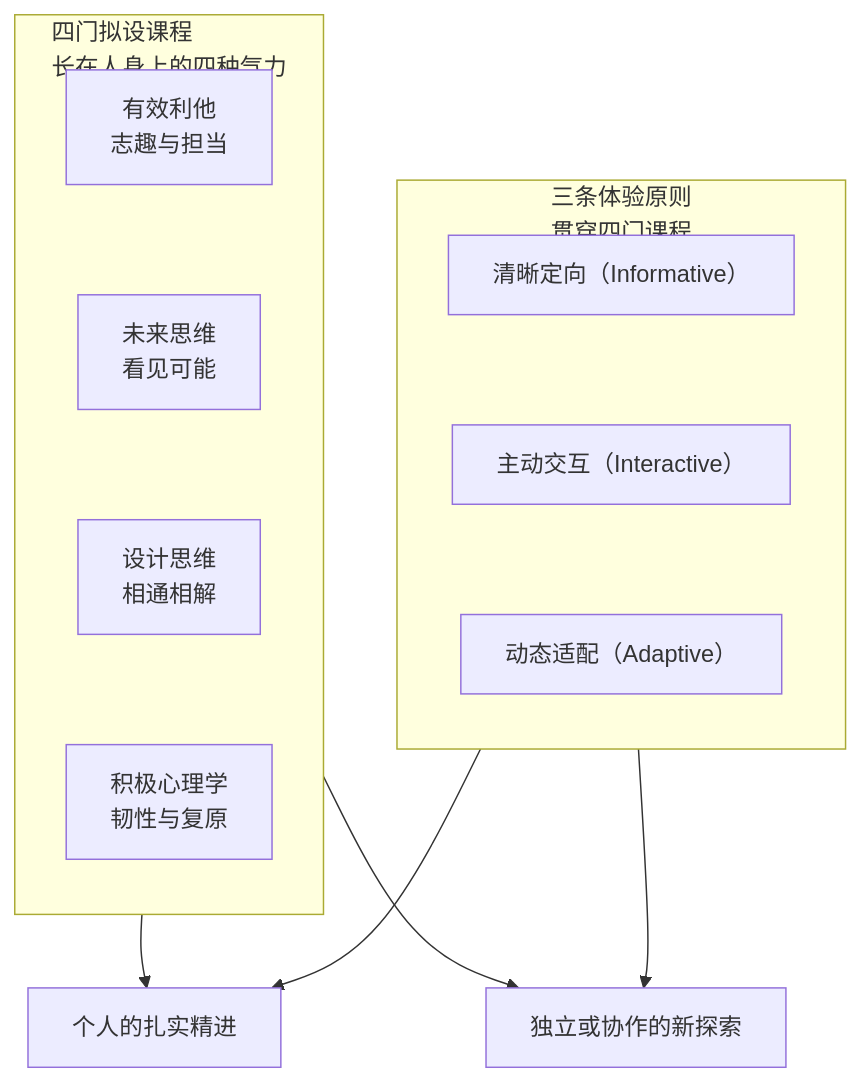
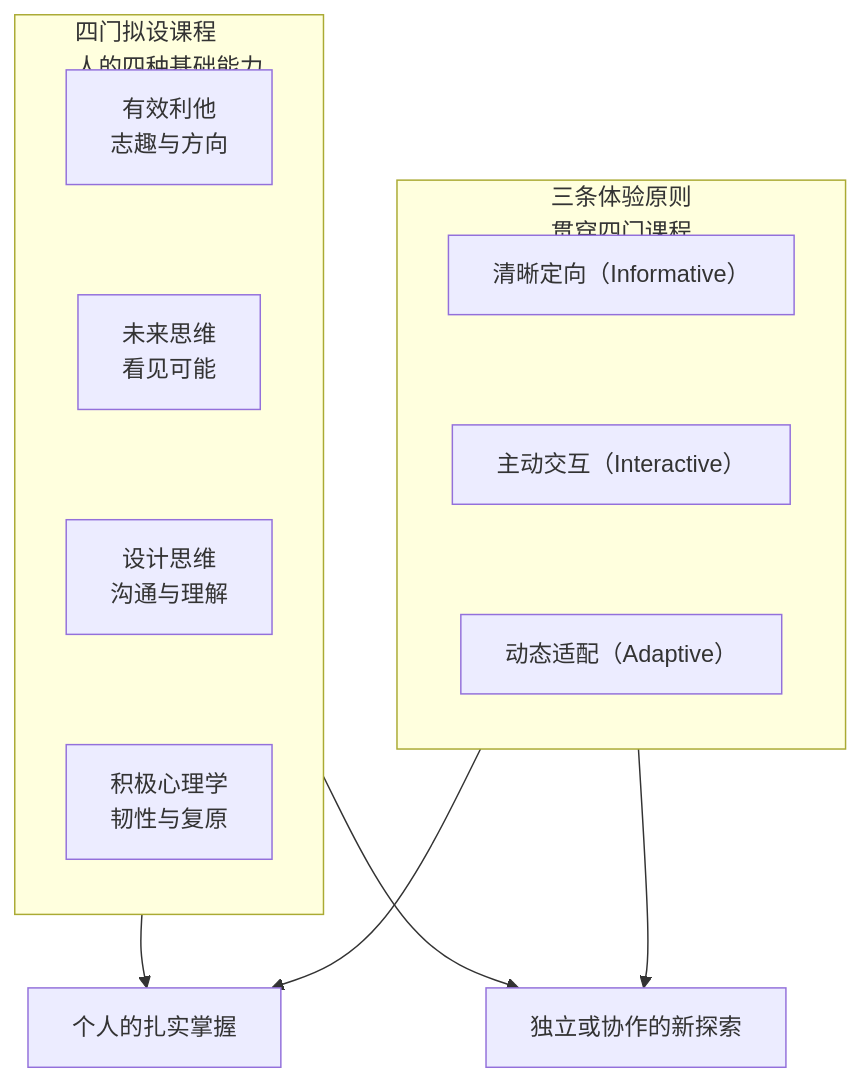
Before and after one commit to domijin/domijin.github.io: the diagram in articles/diagrams/open-learning-framework-zh.mmd, drawn with Mermaid. The commit also changed 32 other files, not shown here.

```diff
--- a/articles/diagrams/open-learning-framework-zh.mmd
+++ b/articles/diagrams/open-learning-framework-zh.mmd
@@ -1,15 +1,15 @@
 flowchart TB
   accTitle: 开放学习的两个独立维度
-  accDescr: 四门拟设课程分别指向志趣与担当、看见可能、相通相解与韧性与复原；三条学习体验原则同时作用于四门课程。两维交织，指向个人精进与众人共探。
-  subgraph A["四门拟设课程<br/>长在人身上的四种气力"]
+  accDescr: 四门拟设课程分别指向志趣与方向、看见可能、沟通与理解、韧性与复原；三条学习体验原则同时作用于四门课程。两维交织，指向个人的扎实掌握与独立或协作的新探索。
+  subgraph A["四门拟设课程<br/>人的四种基础能力"]
     direction TB
-    A1["有效利他<br/>志趣与担当"] ~~~ A2["未来思维<br/>看见可能"] ~~~ A3["设计思维<br/>相通相解"] ~~~ A4["积极心理学<br/>韧性与复原"]
+    A1["有效利他<br/>志趣与方向"] ~~~ A2["未来思维<br/>看见可能"] ~~~ A3["设计思维<br/>沟通与理解"] ~~~ A4["积极心理学<br/>韧性与复原"]
   end
   subgraph B["三条体验原则<br/>贯穿四门课程"]
     direction TB
     B1["清晰定向（Informative）"] ~~~ B2["主动交互（Interactive）"] ~~~ B3["动态适配（Adaptive）"]
   end
-  A --> M["个人的扎实精进"]
+  A --> M["个人的扎实掌握"]
   B --> M
   A --> D["独立或协作的新探索"]
   B --> D
```
